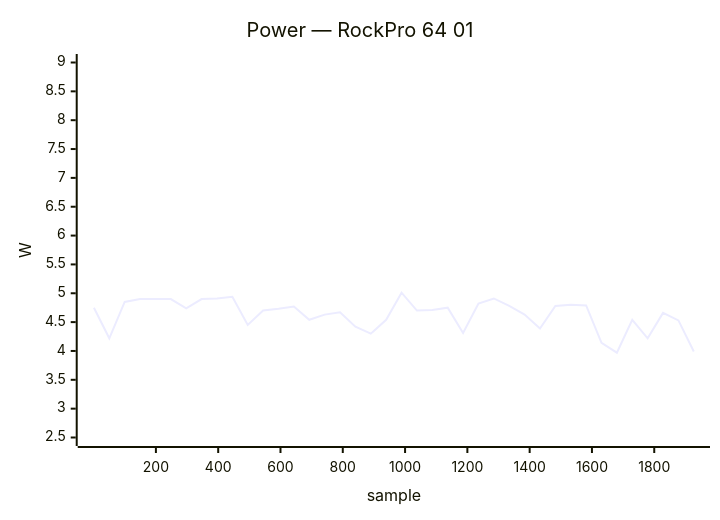
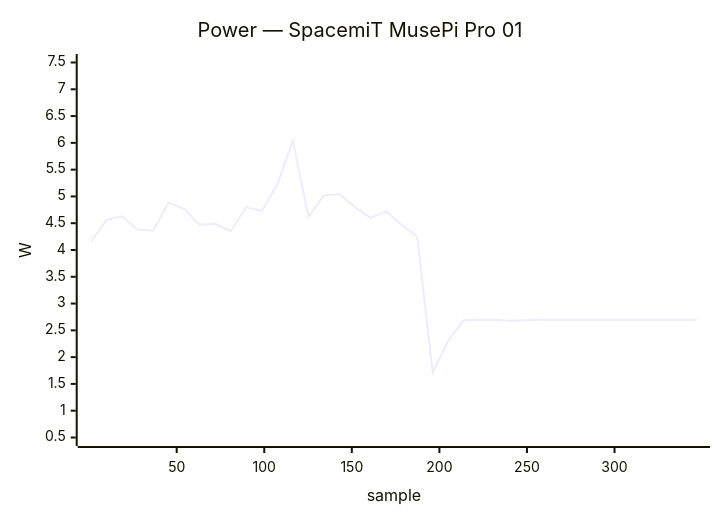
The fourth of 32 diagrams in docs/status/board-tests.md (armbian/documentation), drawn with Mermaid before and after one commit. The commit also changed other lines of this file, not shown here.

````diff
--- a/docs/status/board-tests.md
+++ b/docs/status/board-tests.md
@@ -157,7 +293,7 @@
 ```mermaid
 xychart-beta
-    title "Power — RockPro 64 01"
-    x-axis "sample" 1 --> 1927
-    y-axis "W" 2.5 --> 9.0
-    line [4.75, 4.22, 4.85, 4.90, 4.90, 4.90, 4.74, 4.90, 4.91, 4.94, 4.45, 4.70, 4.73, 4.77, 4.54, 4.63, 4.67, 4.42, 4.30, 4.54, 5.01, 4.70, 4.71, 4.75, 4.31, 4.82, 4.91, 4.78, 4.63, 4.39, 4.78, 4.80, 4.79, 4.14, 3.97, 4.54, 4.22, 4.66, 4.53, 3.99]
+    title "Power — SpacemiT MusePi Pro 01"
+    x-axis "sample" 1 --> 347
+    y-axis "W" 0.5 --> 7.5
+    line [4.15, 4.56, 4.63, 4.38, 4.36, 4.88, 4.77, 4.47, 4.49, 4.35, 4.80, 4.73, 5.22, 6.04, 4.62, 5.02, 5.04, 4.80, 4.60, 4.72, 4.47, 4.25, 1.71, 2.31, 2.69, 2.70, 2.70, 2.68, 2.69, 2.70, 2.70, 2.70, 2.70, 2.70, 2.70, 2.70, 2.70, 2.70, 2.70, 2.70]
 ```
````
